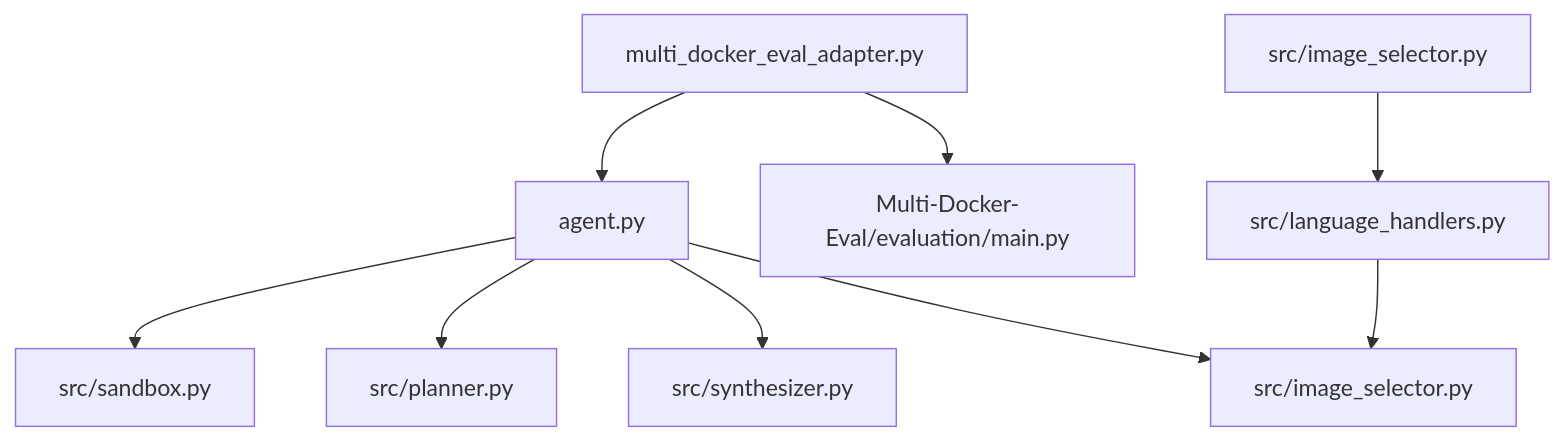
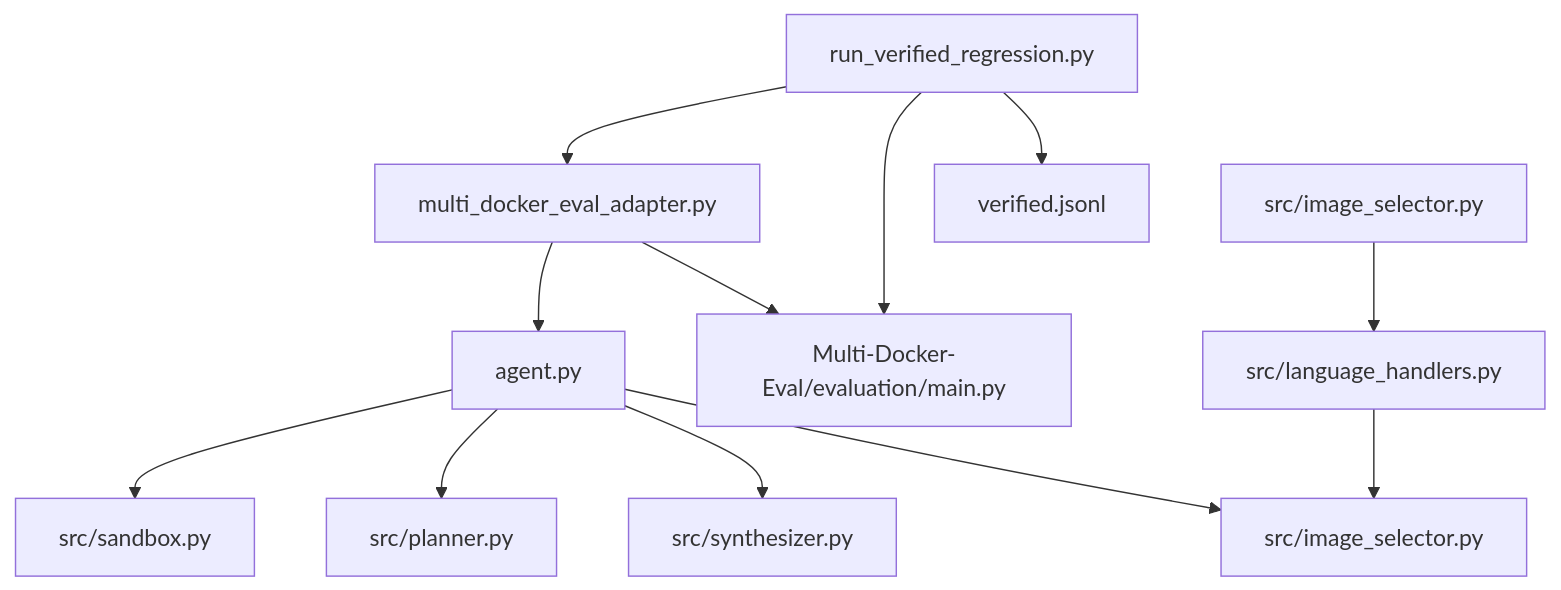
Before and after one commit to Jayint/Jayint-repo: diagram 12 of 13 in .qoder/repowiki/zh/content/核心组件/多Docker评估系统/增强评估框架.md, drawn with Mermaid. The commit also changed other lines of this file and 497 other files, not shown here.

````diff
--- a/.qoder/repowiki/zh/content/核心组件/多Docker评估系统/增强评估框架.md
+++ b/.qoder/repowiki/zh/content/核心组件/多Docker评估系统/增强评估框架.md
@@ -423,11 +613,14 @@
 ```mermaid
 graph TD
 A[agent.py] --> B[src/sandbox.py]
 A --> C[src/planner.py]
 A --> D[src/synthesizer.py]
 A --> E[src/image_selector.py]
 F[multi_docker_eval_adapter.py] --> A
 F --> G[Multi-Docker-Eval/evaluation/main.py]
 H[src/language_handlers.py] --> E
 I[src/image_selector.py] --> H
+J[run_verified_regression.py] --> F
+J --> G
+J --> K[verified.jsonl]
 ```
````
